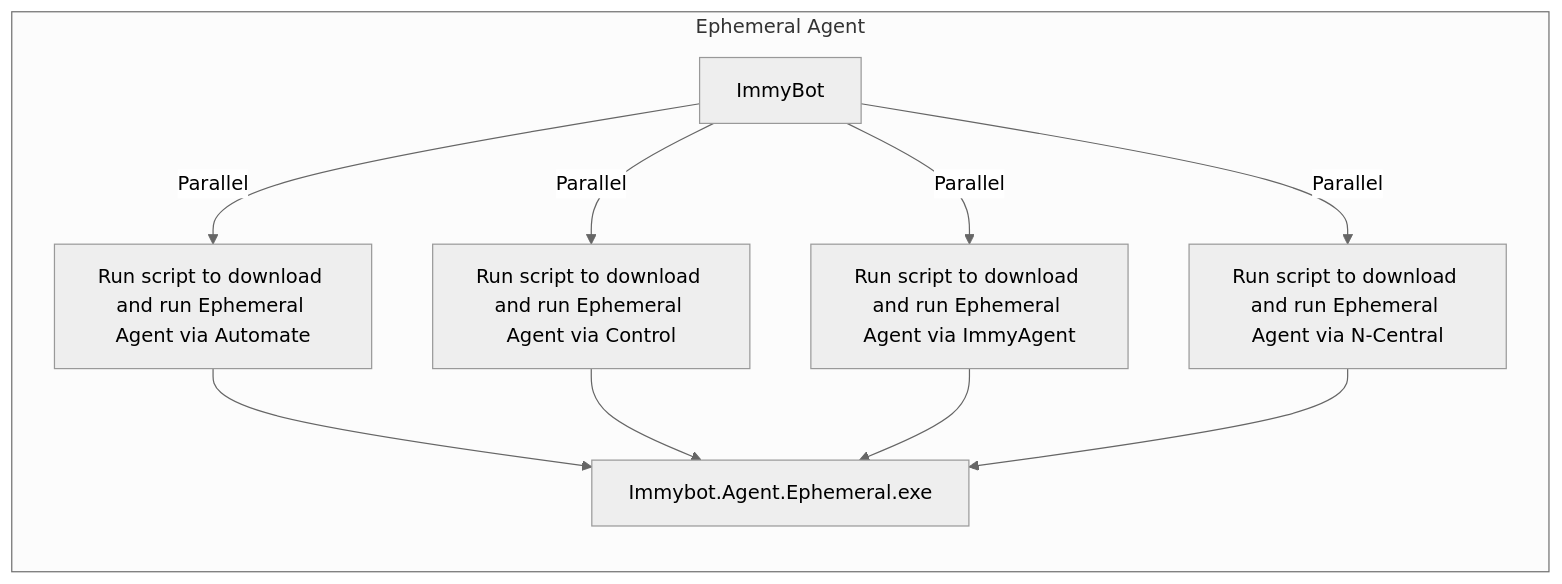
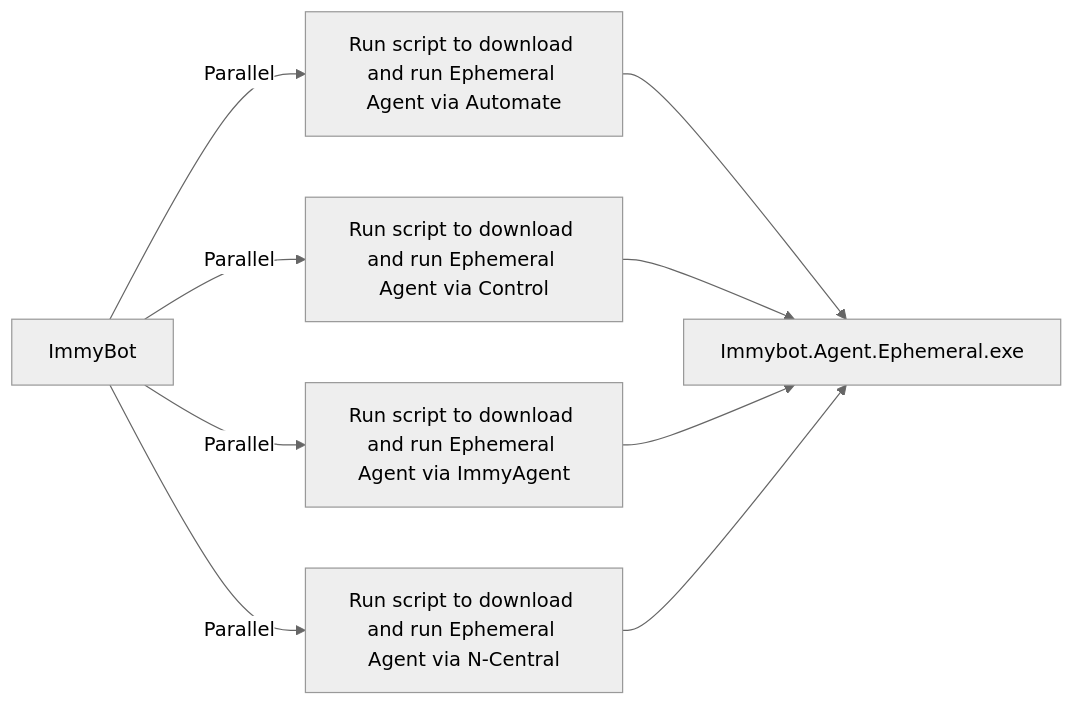
One commit to immense/immybot-documentation changed diagram 12 of 12 in src/README.md. Above: the diagram before and after it, drawn with Mermaid (neutral theme). The commit also changed other lines of this file, not shown here.

````diff
--- a/src/README.md
+++ b/src/README.md
@@ -560,13 +579,11 @@
 ```mermaid
 graph LR
-subgraph "Ephemeral Agent"
     ImmyBot --> |Parallel|Automate[Run script to download and run Ephemeral Agent via Automate]
     ImmyBot --> |Parallel|Control[Run script to download and run Ephemeral Agent via Control]
     ImmyBot --> |Parallel|ImmyAgent[Run script to download and run Ephemeral Agent via ImmyAgent]
     ImmyBot --> |Parallel|N-Central[Run script to download and run Ephemeral Agent via N-Central]
     Automate --> Immybot.Agent.Ephemeral.exe
     Control --> Immybot.Agent.Ephemeral.exe
     ImmyAgent --> Immybot.Agent.Ephemeral.exe
     N-Central --> Immybot.Agent.Ephemeral.exe    
-end
 ```
````
